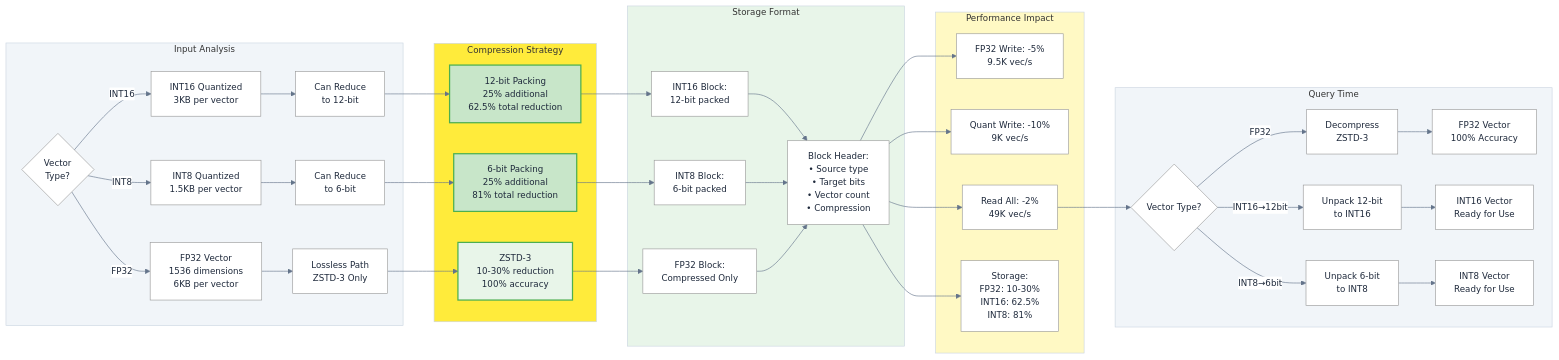
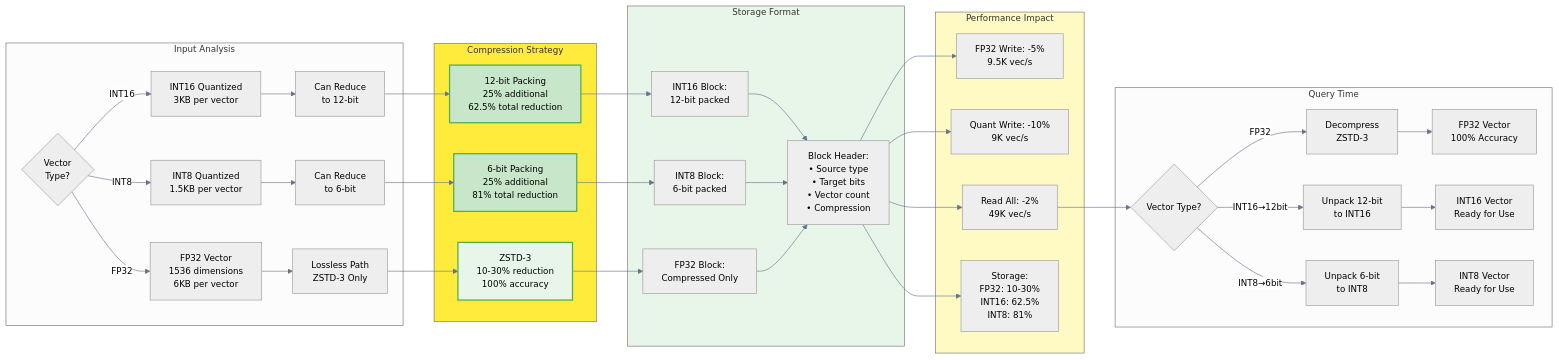
One commit to vjsingh1984/proximaDB changed the diagram in docs/diagrams/sst-precision-detail-modular.mmd. Above: the diagram before and after it, drawn with Mermaid. The commit also changed 97 other files, not shown here.

First line of the commit message:
fix: improve diagram contrast for day/night mode compatibility

```diff
--- a/docs/diagrams/sst-precision-detail-modular.mmd
+++ b/docs/diagrams/sst-precision-detail-modular.mmd
@@ -1,57 +1,57 @@
-%%{init: {"theme":"neutral", "themeVariables": {"primaryColor":"#2563eb","primaryTextColor":"#ffffff","primaryBorderColor":"#1e40af","lineColor":"#64748b","secondaryColor":"#10b981","secondaryTextColor":"#ffffff","tertiaryColor":"#f59e0b","tertiaryTextColor":"#ffffff","background":"transparent","mainBkg":"#ffffff","secondBkg":"#f8fafc","textColor":"#1e293b","nodeTextColor":"#1e293b","fontFamily":"-apple-system, BlinkMacSystemFont, Segoe UI, Roboto, sans-serif","fontSize":"14px","clusterBkg":"#f1f5f9","clusterBorder":"#cbd5e1","edgeLabelBackground":"#ffffff"}}}%%
+%%{init: {"theme":"neutral", "themeVariables": {"primaryColor":"#4A90E2","primaryBorderColor":"#2563eb","secondaryColor":"#5CB85C","tertiaryColor":"#F5A623","lineColor":"#64748b","background":"transparent","fontFamily":"-apple-system, BlinkMacSystemFont, Segoe UI, Roboto, sans-serif","fontSize":"14px"}}}%%
 graph LR
     subgraph Input["Input Analysis"]
         Vec{Vector<br/>Type?}
         
         Vec -->|FP32| FP32[FP32 Vector<br/>1536 dimensions<br/>6KB per vector]
         Vec -->|INT16| Q16[INT16 Quantized<br/>3KB per vector]
         Vec -->|INT8| Q8[INT8 Quantized<br/>1.5KB per vector]
         
         FP32 --> Lossless[Lossless Path<br/>ZSTD-3 Only]
         Q16 --> Adaptive16[Can Reduce<br/>to 12-bit]
         Q8 --> Adaptive8[Can Reduce<br/>to 6-bit]
     end
     
     subgraph Method["Compression Strategy"]
         Lossless --> ZSTD[ZSTD-3<br/>10-30% reduction<br/>100% accuracy]
         
         Adaptive16 --> A12[12-bit Packing<br/>25% additional<br/>62.5% total reduction]
         
         Adaptive8 --> A6[6-bit Packing<br/>25% additional<br/>81% total reduction]
     end
     
     subgraph Storage["Storage Format"]
         ZSTD --> StoreFP32[FP32 Block:<br/>Compressed Only]
         A12 --> StoreQ16[INT16 Block:<br/>12-bit packed]
         A6 --> StoreQ8[INT8 Block:<br/>6-bit packed]
         
         StoreQ16 --> Header[Block Header:<br/>• Source type<br/>• Target bits<br/>• Vector count<br/>• Compression]
         StoreQ8 --> Header
         StoreFP32 --> Header
     end
     
     subgraph Performance["Performance Impact"]
         Header --> WriteFP32[FP32 Write: -5%<br/>9.5K vec/s]
         Header --> WriteQuant[Quant Write: -10%<br/>9K vec/s]
         Header --> ReadAll[Read All: -2%<br/>49K vec/s]
         Header --> StorageSavings[Storage:<br/>FP32: 10-30%<br/>INT16: 62.5%<br/>INT8: 81%]
     end
     
     subgraph Reconstruction["Query Time"]
         ReadAll --> Check{Vector Type?}
         
         Check -->|FP32| DecompressFP32[Decompress<br/>ZSTD-3]
         Check -->|INT16→12bit| Unpack12[Unpack 12-bit<br/>to INT16]
         Check -->|INT8→6bit| Unpack6[Unpack 6-bit<br/>to INT8]
         
         DecompressFP32 --> OutputFP32[FP32 Vector<br/>100% Accuracy]
         Unpack12 --> OutputQ16[INT16 Vector<br/>Ready for Use]
         Unpack6 --> OutputQ8[INT8 Vector<br/>Ready for Use]
     end
     
     style Method fill:#ffeb3b
     style ZSTD fill:#e8f5e9,stroke:#4caf50,stroke-width:2px
     style A12 fill:#c8e6c9,stroke:#4caf50,stroke-width:2px
     style A6 fill:#c8e6c9,stroke:#4caf50,stroke-width:2px
     style Storage fill:#e8f5e9
     style Performance fill:#fff9c4
```
